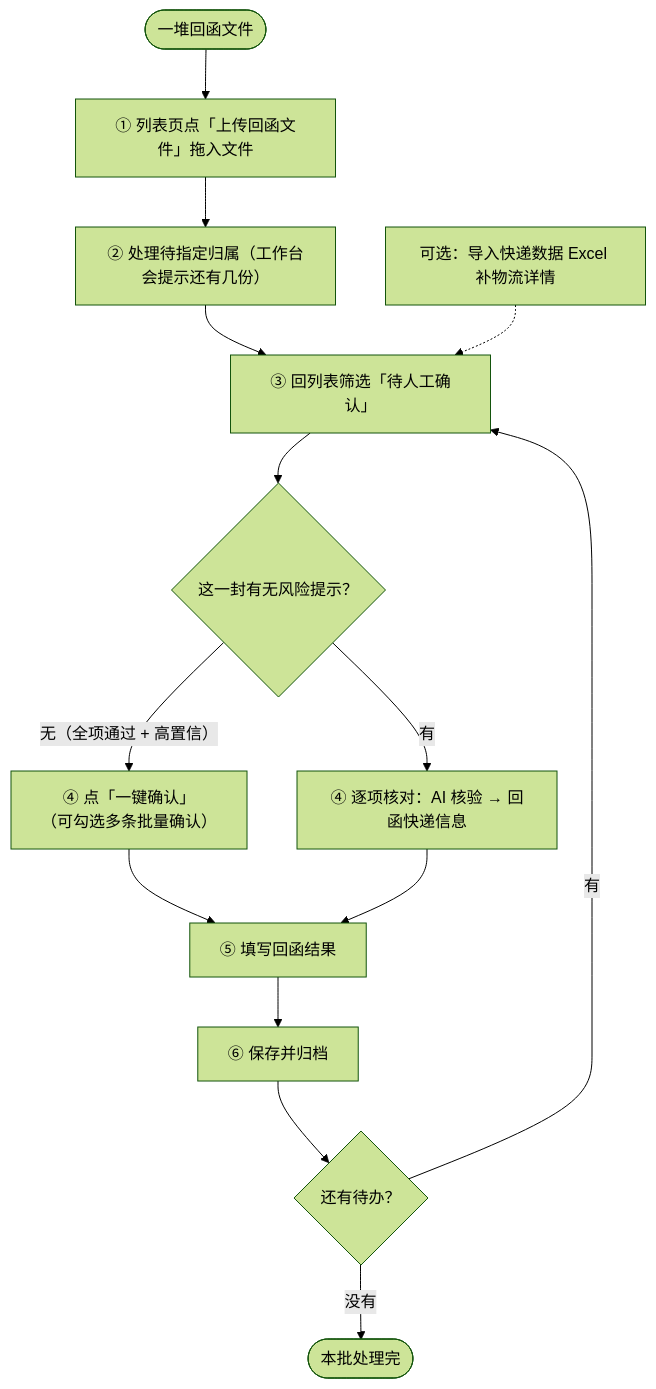
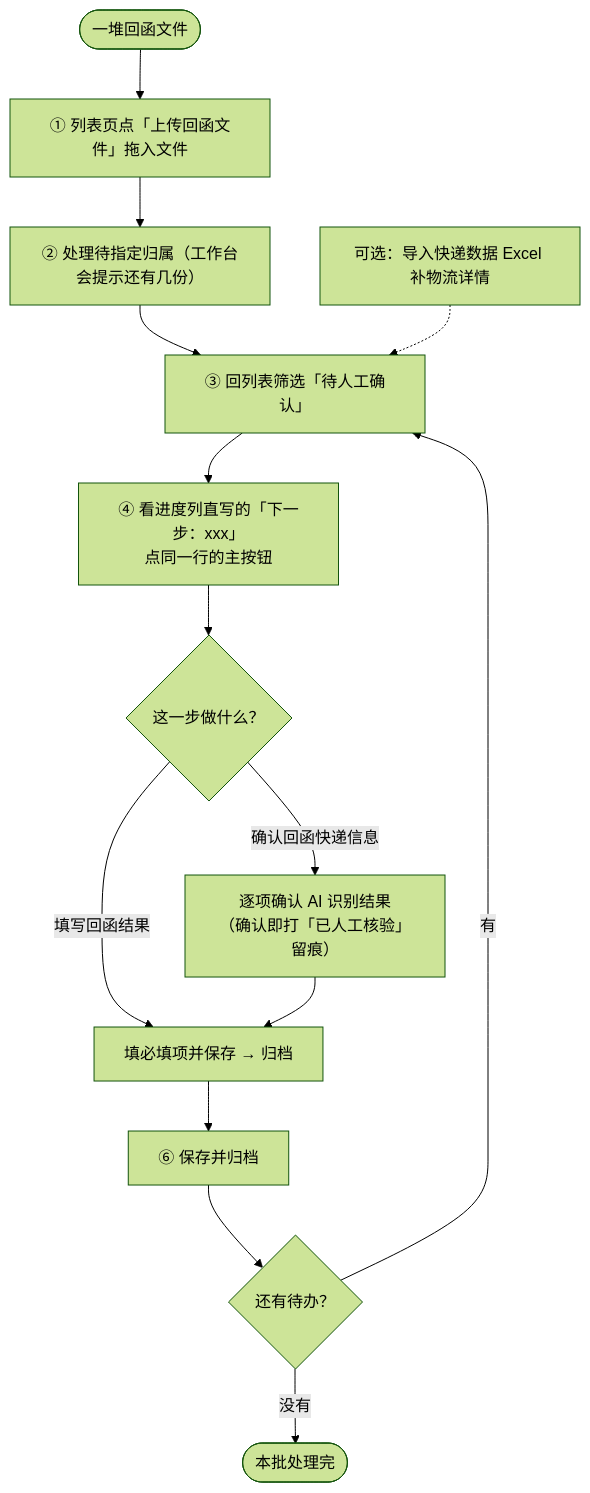
One commit to ADdongdong/01_Smart-Reply-Management changed the third of 3 diagrams in docs/需求文档.md. Above: the diagram before and after it, drawn with Mermaid (forest theme). The commit also changed other lines of this file and 13 other files, not shown here.

````diff
--- a/docs/需求文档.md
+++ b/docs/需求文档.md
@@ -240,17 +240,17 @@
 ```mermaid
 flowchart TB
     START(["一堆回函文件"]) --> OP1["① 列表页点「上传回函文件」拖入文件"]
     OP1 --> OP2["② 处理待指定归属（工作台会提示还有几份）"]
     OP2 --> OP3["③ 回列表筛选「待人工确认」"]
-    OP3 --> OP4{"这一封有无风险提示？"}
-    OP4 -->|"无（全项通过 + 高置信）"| OP5["④ 点「一键确认」<br/>（可勾选多条批量确认）"]
-    OP4 -->|"有"| OP6["④ 逐项核对：AI 核验 → 回函快递信息"]
-    OP5 --> OP7["⑤ 填写回函结果"]
+    OP3 --> OP4["④ 看进度列直写的「下一步：xxx」<br/>点同一行的主按钮"]
+    OP4 --> OP5{"这一步做什么？"}
+    OP5 -->|"确认回函快递信息"| OP6["逐项确认 AI 识别结果<br/>（确认即打「已人工核验」留痕）"]
+    OP5 -->|"填写回函结果"| OP7["填必填项并保存 → 归档"]
     OP6 --> OP7
     OP7 --> OP8["⑥ 保存并归档"]
     OP8 --> OP9{"还有待办？"}
     OP9 -->|"有"| OP3
     OP9 -->|"没有"| DONE(["本批处理完"])
     OPX["可选：导入快递数据 Excel 补物流详情"]
     OPX -.-> OP3
 ```
````
